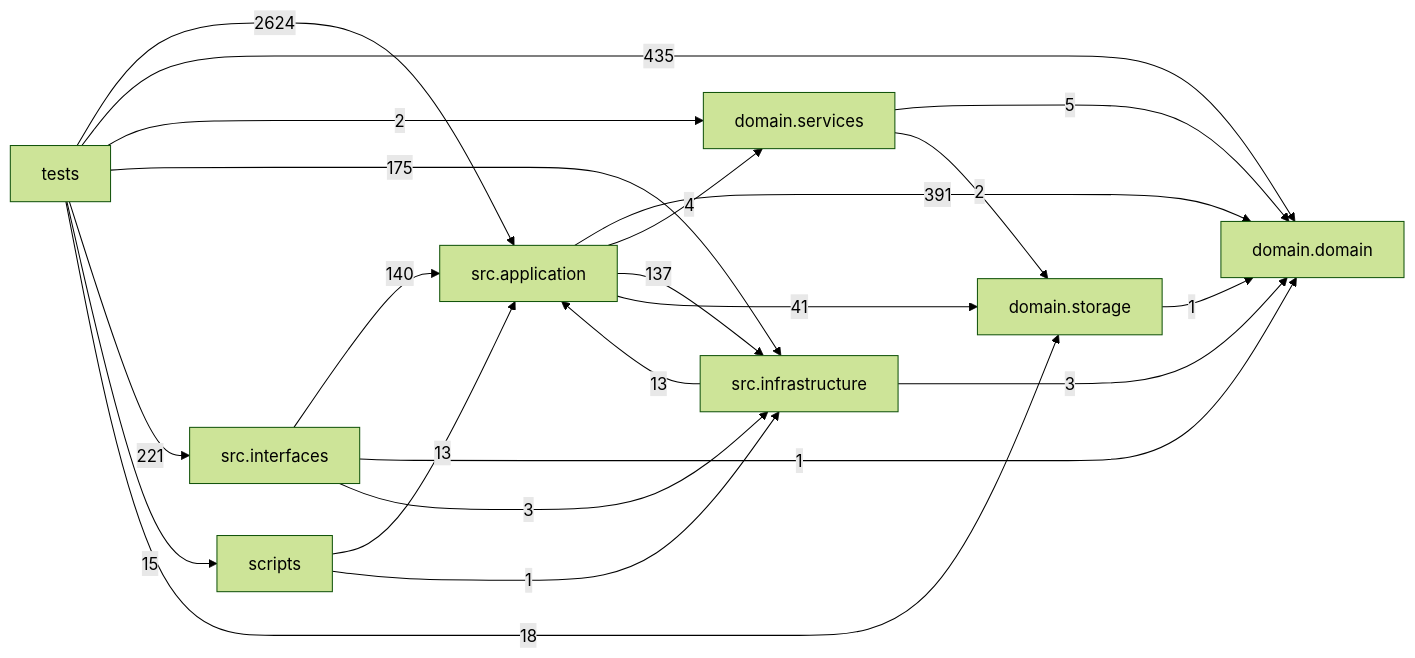
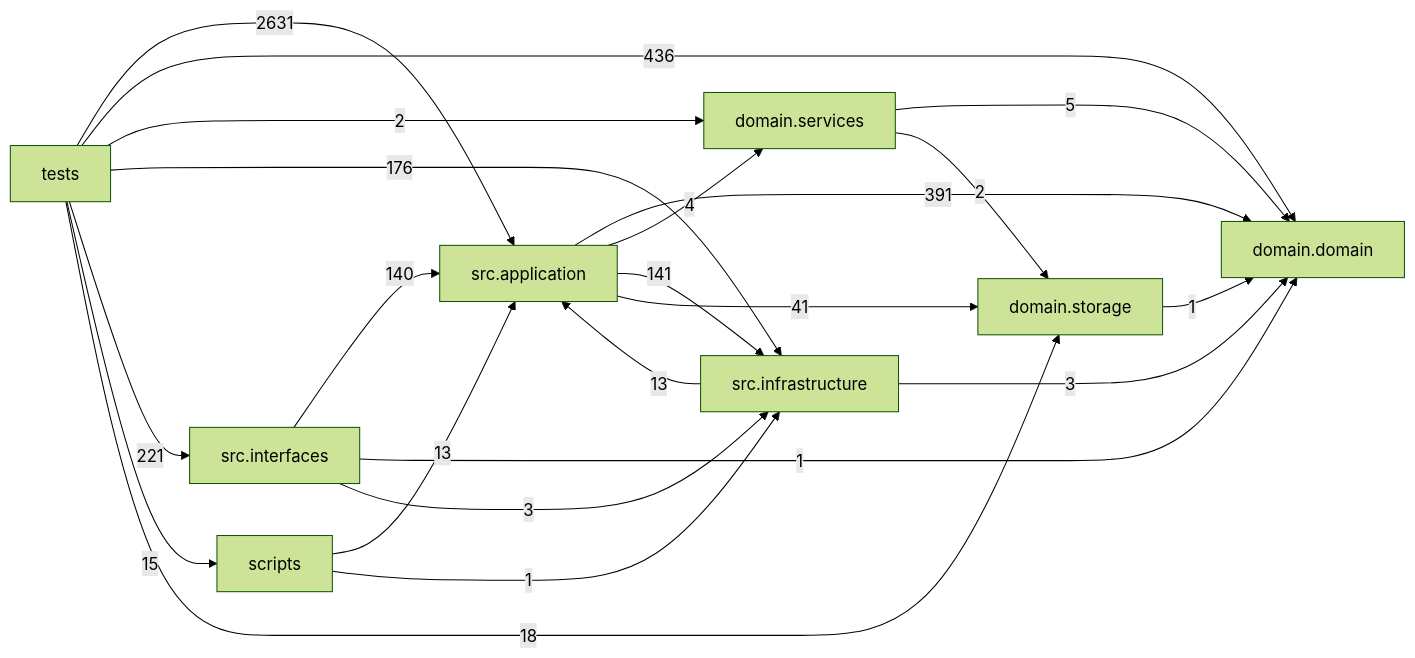
The diagram in docs/DEPENDENCY_GRAPH.md (liuxie066/options-monitor), drawn with Mermaid (forest theme) before and after one commit. The commit also changed other lines of this file and 5 other files, not shown here.

````diff
--- a/docs/DEPENDENCY_GRAPH.md
+++ b/docs/DEPENDENCY_GRAPH.md
@@ -24,32 +24,32 @@
 ```mermaid
 flowchart LR
   tests["tests"]
   scripts["scripts"]
   interfaces["src.interfaces"]
   application["src.application"]
   infrastructure["src.infrastructure"]
   domain_services["domain.services"]
   domain["domain.domain"]
   storage["domain.storage"]
   application -->|391| domain
   application -->|4| domain_services
-  application -->|137| infrastructure
+  application -->|141| infrastructure
   application -->|41| storage
   domain_services -->|5| domain
   domain_services -->|2| storage
   infrastructure -->|13| application
   infrastructure -->|3| domain
   interfaces -->|140| application
   interfaces -->|1| domain
   interfaces -->|3| infrastructure
   scripts -->|13| application
   scripts -->|1| infrastructure
   storage -->|1| domain
-  tests -->|2624| application
-  tests -->|435| domain
+  tests -->|2631| application
+  tests -->|436| domain
   tests -->|2| domain_services
-  tests -->|175| infrastructure
+  tests -->|176| infrastructure
   tests -->|221| interfaces
   tests -->|15| scripts
   tests -->|18| storage
 ```
````
